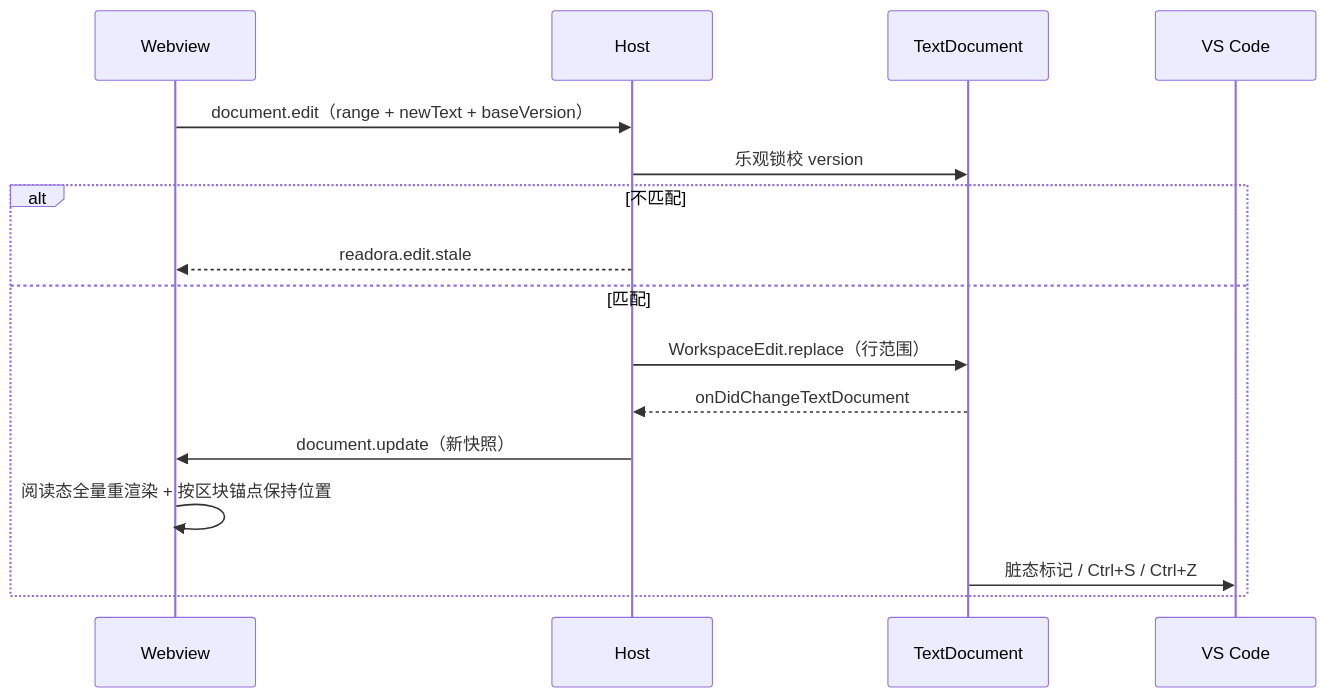
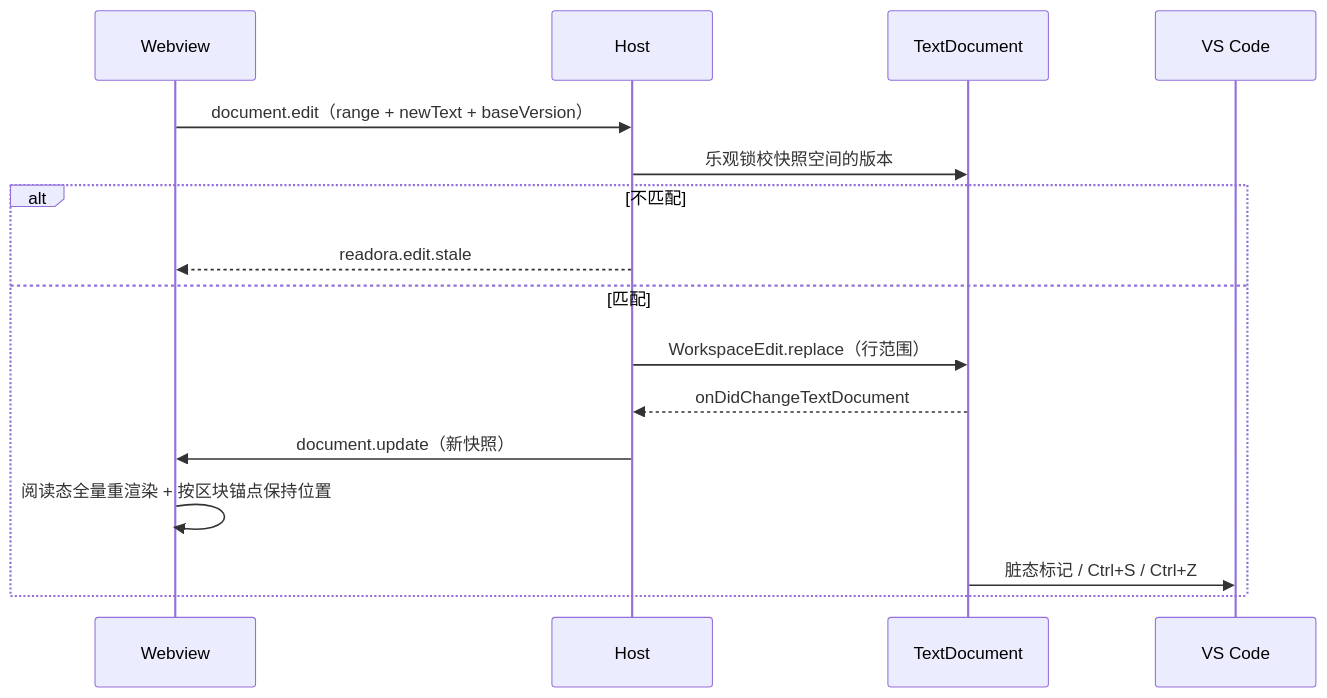
Before and after one commit to RegalPine/readora: the seventh of 9 diagrams in docs/ARC-004：Readora VS Code 扩展集成架构设计.md, drawn with Mermaid. The commit also changed other lines of this file and 74 other files, not shown here.

````diff
--- a/docs/ARC-004：Readora VS Code 扩展集成架构设计.md
+++ b/docs/ARC-004：Readora VS Code 扩展集成架构设计.md
@@ -751,19 +759,19 @@
 ```mermaid
 sequenceDiagram
     participant W as Webview
     participant H as Host
     participant D as TextDocument
     participant V as VS Code
 
     W->>H: document.edit（range + newText + baseVersion）
-    H->>D: 乐观锁校 version
+    H->>D: 乐观锁校快照空间的版本
     alt 不匹配
         H-->>W: readora.edit.stale
     else 匹配
         H->>D: WorkspaceEdit.replace（行范围）
         D-->>H: onDidChangeTextDocument
         H->>W: document.update（新快照）
         W->>W: 阅读态全量重渲染 + 按区块锚点保持位置
         D->>V: 脏态标记 / Ctrl+S / Ctrl+Z
     end
 ```
````
